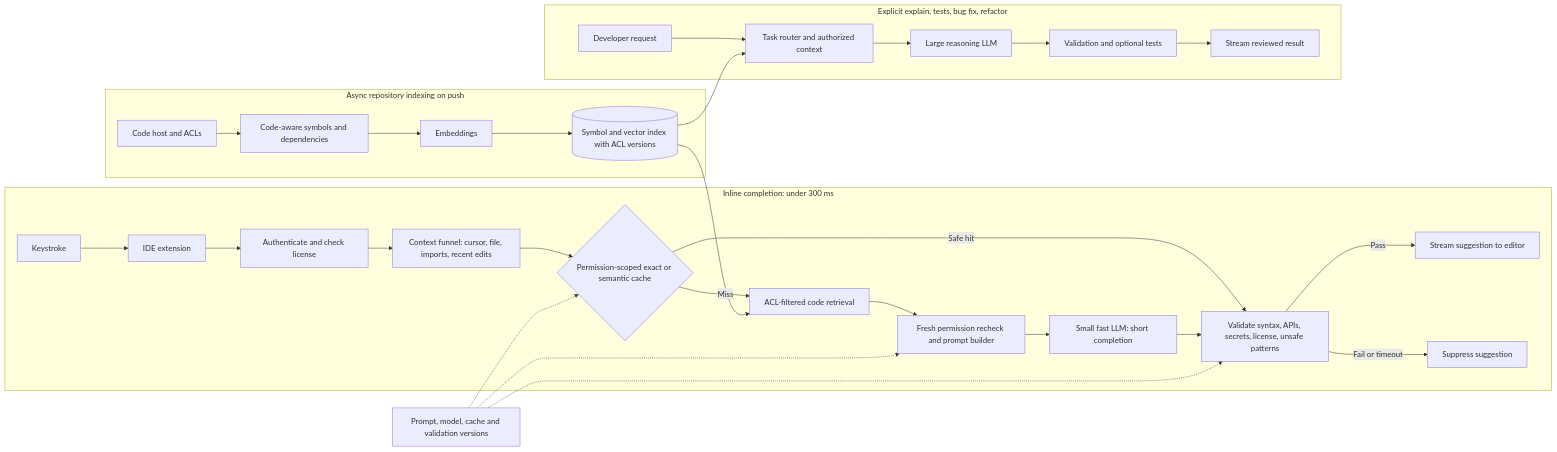
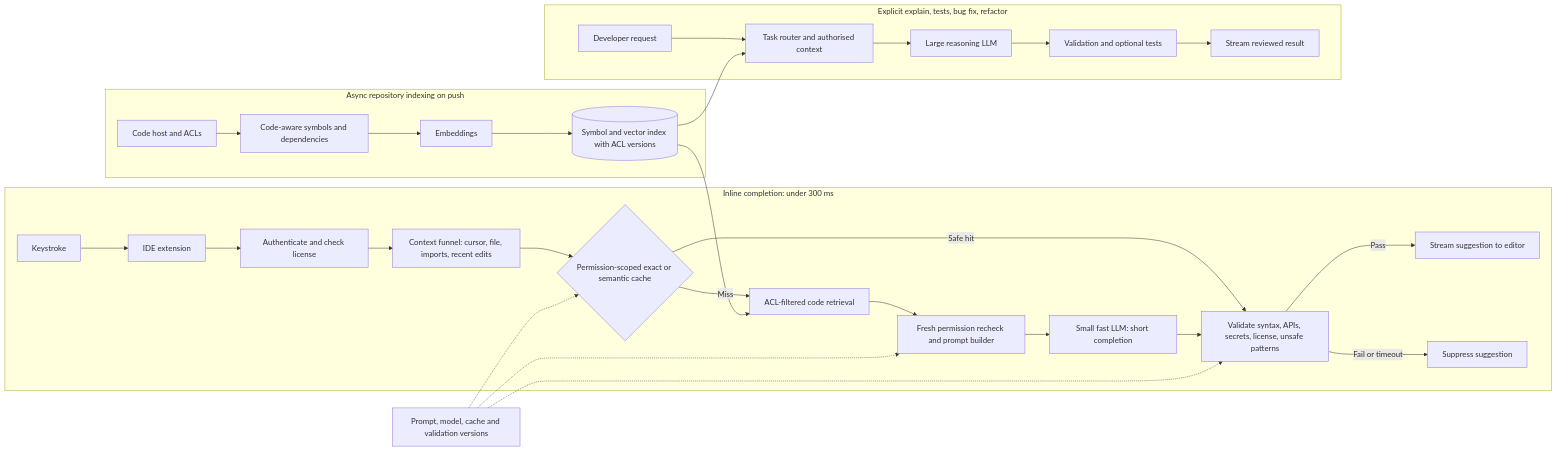
Before and after one commit to Sourav692/Forward-Deployed-Engineer-Interview-Prep: the diagram in site/content/modules/15-fde-case-studies/agents-that-act/enterprise-coding-assistant/main.md, drawn with Mermaid. The commit also changed 191 other files, not shown here.

First line of the commit message:
content: British spellings inside diagrams (AF-06)

````diff
--- a/site/content/modules/15-fde-case-studies/agents-that-act/enterprise-coding-assistant/main.md
+++ b/site/content/modules/15-fde-case-studies/agents-that-act/enterprise-coding-assistant/main.md
@@ -68,32 +68,32 @@
 ```mermaid
 flowchart LR
     subgraph IDX[Async repository indexing on push]
         HOST[Code host and ACLs] --> CHUNK[Code-aware symbols and dependencies]
         CHUNK --> EMB[Embeddings]
         EMB --> INDEX[(Symbol and vector index with ACL versions)]
     end
     subgraph HOT[Inline completion: under 300 ms]
         KEY[Keystroke] --> IDE[IDE extension]
         IDE --> AUTH[Authenticate and check license]
         AUTH --> FUNNEL[Context funnel: cursor, file, imports, recent edits]
         FUNNEL --> CACHE{Permission-scoped exact or semantic cache}
         CACHE -->|Safe hit| VALID[Validate syntax, APIs, secrets, license, unsafe patterns]
         CACHE -->|Miss| RET[ACL-filtered code retrieval]
         INDEX --> RET
         RET --> CHECK[Fresh permission recheck and prompt builder]
         CHECK --> SMALL[Small fast LLM: short completion]
         SMALL --> VALID
         VALID -->|Pass| SHOW[Stream suggestion to editor]
         VALID -->|Fail or timeout| SILENT[Suppress suggestion]
     end
     subgraph SLOW[Explicit explain, tests, bug fix, refactor]
-        ASK[Developer request] --> ROUTE[Task router and authorized context]
+        ASK[Developer request] --> ROUTE[Task router and authorised context]
         INDEX --> ROUTE
         ROUTE --> LARGE[Large reasoning LLM]
         LARGE --> V2[Validation and optional tests]
         V2 --> RESPONSE[Stream reviewed result]
     end
     POLICY[Prompt, model, cache and validation versions] -.-> CACHE
     POLICY -.-> CHECK
     POLICY -.-> VALID
 ```
````
